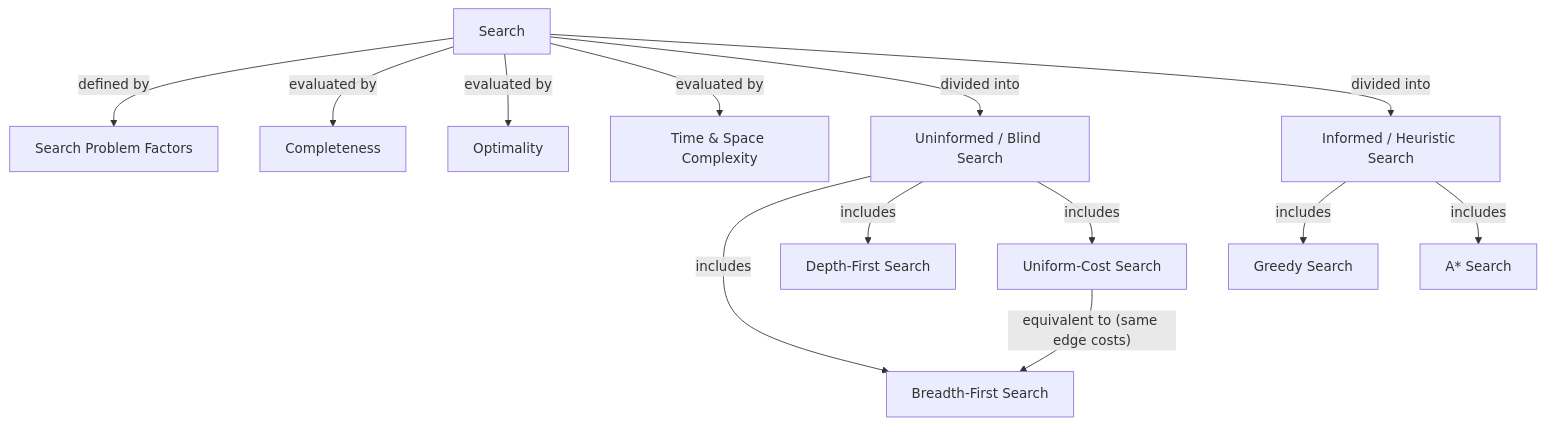
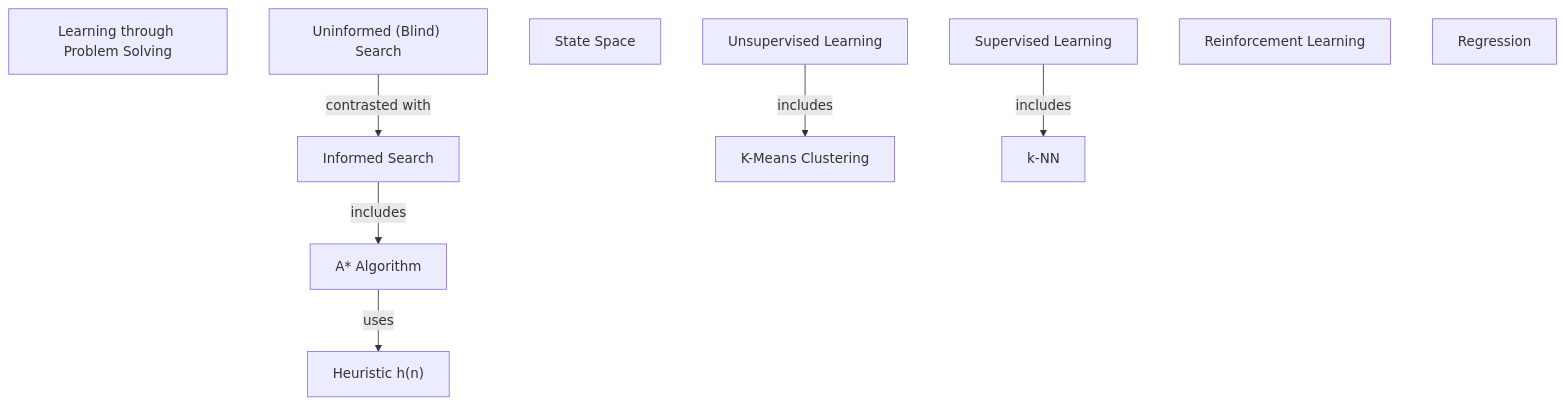
One commit to pratikugale959-coder/course-recap-generator changed the diagram in output/final/concept-diagram.mmd. Above: the diagram before and after it, drawn with Mermaid. The commit also changed 17 other files, not shown here.

```diff
--- a/output/final/concept-diagram.mmd
+++ b/output/final/concept-diagram.mmd
@@ -1,26 +1,19 @@
 flowchart TD
-    search["Search"]
-    search-problem-factors["Search Problem Factors"]
-    completeness["Completeness"]
-    optimality["Optimality"]
-    time-space-complexity["Time & Space Complexity"]
-    uninformed-search["Uninformed / Blind Search"]
-    informed-search["Informed / Heuristic Search"]
-    breadth-first-search["Breadth-First Search"]
-    depth-first-search["Depth-First Search"]
-    uniform-cost-search["Uniform-Cost Search"]
-    greedy-search["Greedy Search"]
-    a-star-search["A* Search"]
+    learning-through-problem-solving["Learning through Problem Solving"]
+    a-star-algorithm["A* Algorithm"]
+    heuristic-function["Heuristic h(n)"]
+    uninformed-search["Uninformed (Blind) Search"]
+    informed-search["Informed Search"]
+    state-space["State Space"]
+    supervised-learning["Supervised Learning"]
+    unsupervised-learning["Unsupervised Learning"]
+    reinforcement-learning["Reinforcement Learning"]
+    k-means-clustering["K-Means Clustering"]
+    k-nearest-neighbors["k-NN"]
+    regression["Regression"]
 
-    search -->|"defined by"| search-problem-factors
-    search -->|"evaluated by"| completeness
-    search -->|"evaluated by"| optimality
-    search -->|"evaluated by"| time-space-complexity
-    search -->|"divided into"| uninformed-search
-    search -->|"divided into"| informed-search
-    uninformed-search -->|"includes"| breadth-first-search
-    uninformed-search -->|"includes"| depth-first-search
-    uninformed-search -->|"includes"| uniform-cost-search
-    informed-search -->|"includes"| greedy-search
-    informed-search -->|"includes"| a-star-search
-    uniform-cost-search -->|"equivalent to (same edge costs)"| breadth-first-search
+    a-star-algorithm -->|"uses"| heuristic-function
+    uninformed-search -->|"contrasted with"| informed-search
+    informed-search -->|"includes"| a-star-algorithm
+    supervised-learning -->|"includes"| k-nearest-neighbors
+    unsupervised-learning -->|"includes"| k-means-clustering
```
